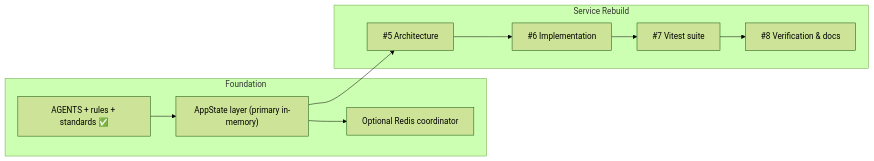
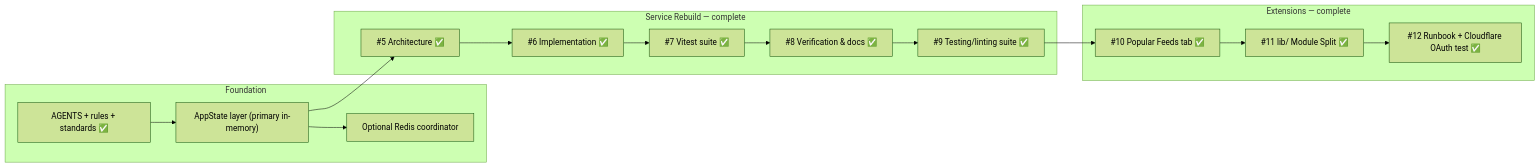
One commit to HELIX-Origin/Discord-RSS changed the diagram in .agents/plans/roadmap.md. Above: the diagram before and after it, drawn with Mermaid (forest theme). The commit also changed other lines of this file and 4 other files, not shown here.

Commit message:
audit: fix stale repo URLs after rename; sync roadmap and plan-5720 status

````diff
--- a/.agents/plans/roadmap.md
+++ b/.agents/plans/roadmap.md
@@ -5,18 +5,26 @@
 ```mermaid
 flowchart LR
     subgraph Foundation ["Foundation"]
         P0["AGENTS + rules + standards ✅"]
         A["AppState layer (primary in-memory)"]
         R["Optional Redis coordinator"]
     end
 
-    subgraph Rebuild ["Service Rebuild"]
-        S1["#5 Architecture"]
-        S2["#6 Implementation"]
-        S3["#7 Vitest suite"]
-        S4["#8 Verification & docs"]
+    subgraph Rebuild ["Service Rebuild — complete"]
+        S1["#5 Architecture ✅"]
+        S2["#6 Implementation ✅"]
+        S3["#7 Vitest suite ✅"]
+        S4["#8 Verification & docs ✅"]
+        S5["#9 Testing/linting suite ✅"]
     end
 
-    P0 --> A --> S1 --> S2 --> S3 --> S4
+    subgraph Extension ["Extensions — complete"]
+        S6["#10 Popular Feeds tab ✅"]
+        S7["#11 lib/ Module Split ✅"]
+        S8["#12 Runbook + Cloudflare OAuth test ✅"]
+    end
+
+    P0 --> A --> S1 --> S2 --> S3 --> S4 --> S5
     A --> R
+    S5 --> S6 --> S7 --> S8
 ```
````
